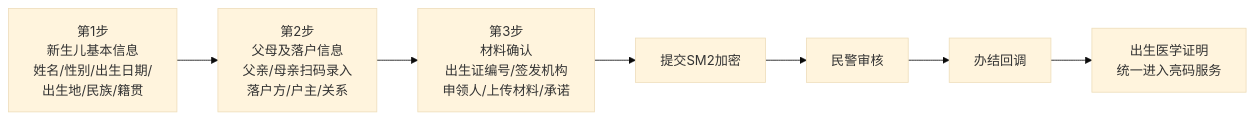
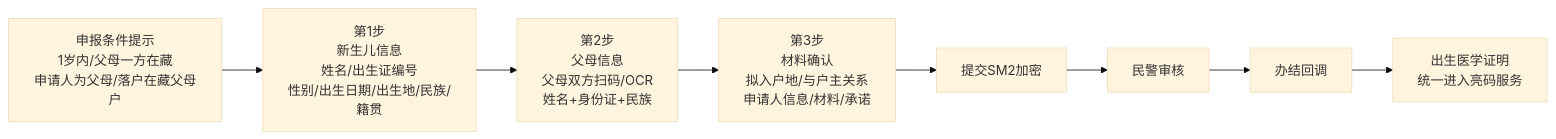
The second of 8 diagrams in 户政业务功能说明.md (ikid-zhang/linzhi-miniprogram-prototype), drawn with Mermaid (base theme) before and after one commit. The commit also changed other lines of this file, not shown here.

````diff
--- a/户政业务功能说明.md
+++ b/户政业务功能说明.md
@@ -299,7 +267,8 @@
 ```mermaid
 flowchart LR
-    S1[第1步<br/>新生儿基本信息<br/>姓名/性别/出生日期/<br/>出生地/民族/籍贯] --> S2[第2步<br/>父母及落户信息<br/>父亲/母亲扫码录入<br/>落户方/户主/关系]
-    S2 --> S3[第3步<br/>材料确认<br/>出生证编号/签发机构<br/>申领人/上传材料/承诺]
+    S0[申报条件提示<br/>1岁内/父母一方在藏<br/>申请人为父母/落户在藏父母户] --> S1[第1步<br/>新生儿信息<br/>姓名/出生证编号<br/>性别/出生日期/出生地/民族/籍贯]
+    S1 --> S2[第2步<br/>父母信息<br/>父母双方扫码/OCR<br/>姓名+身份证+民族]
+    S2 --> S3[第3步<br/>材料确认<br/>拟入户地/与户主关系<br/>申请人信息/材料/承诺]
     S3 --> SUB[提交SM2加密] --> AUD[民警审核] --> DONE[办结回调]
     DONE --> CERT[出生医学证明<br/>统一进入亮码服务]
 ```
````
